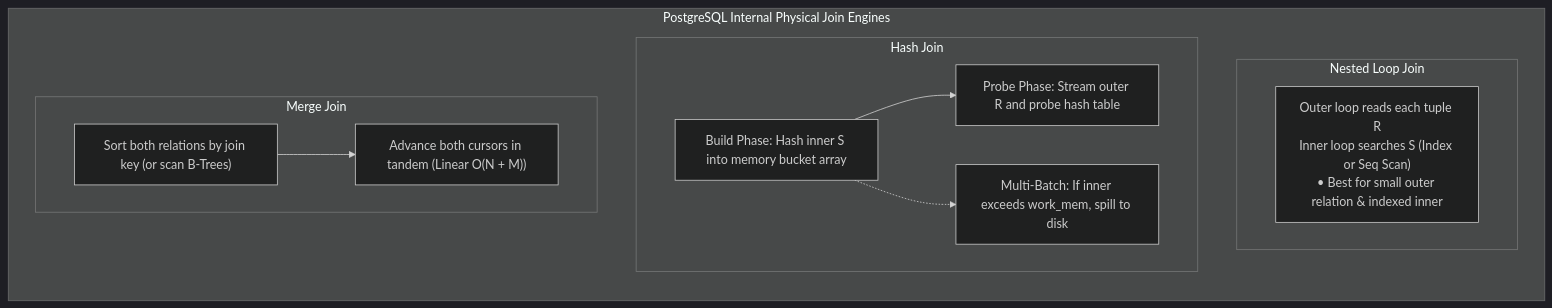
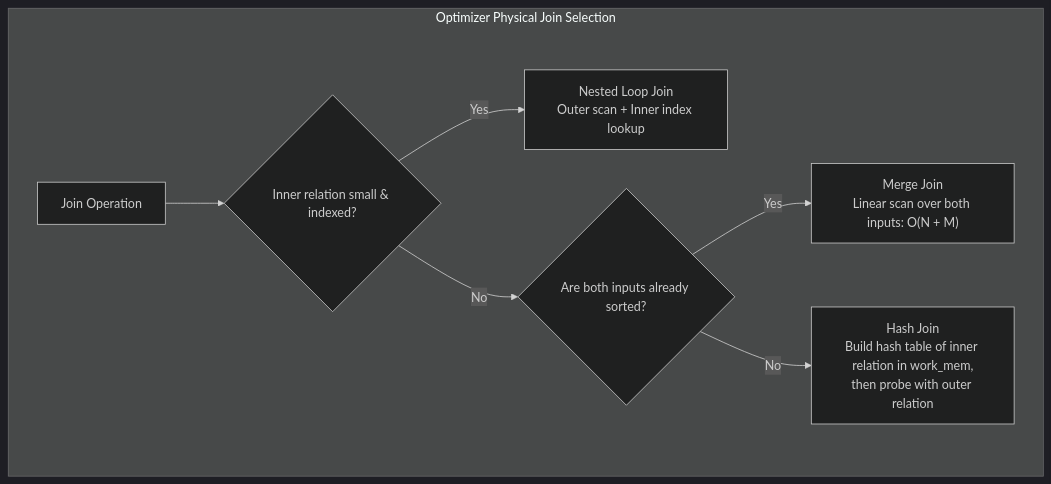
The second of 3 diagrams in technologies/postgres/modules/03-sql-querying-filtering-and-joins.md (espoem/zero-to-one), drawn with Mermaid (dark theme) before and after one commit. The commit also changed other lines of this file and 43 other files, not shown here.

Commit message:
feat(postgres): implement PostgreSQL 18 curriculum, hermetic tests, and EDB exam bank

````diff
--- a/technologies/postgres/modules/03-sql-querying-filtering-and-joins.md
+++ b/technologies/postgres/modules/03-sql-querying-filtering-and-joins.md
@@ -334,21 +73,10 @@
 ```mermaid
 flowchart TD
-    subgraph JoinEngines["PostgreSQL Internal Physical Join Engines"]
-        direction TB
-        subgraph NLJ["Nested Loop Join"]
-            NL_Logic["Outer loop reads each tuple R<br/>Inner loop searches S (Index or Seq Scan)<br/>• Best for small outer relation & indexed inner"]
-        end
-        subgraph HJ["Hash Join"]
-            HJ_Build["Build Phase: Hash inner S into memory bucket array"]
-            HJ_Probe["Probe Phase: Stream outer R and probe hash table"]
-            HJ_Batch["Multi-Batch: If inner exceeds work_mem, spill to disk"]
-            HJ_Build --> HJ_Probe
-            HJ_Build -.-> HJ_Batch
-        end
-        subgraph MJ["Merge Join"]
-            MJ_Sort["Sort both relations by join key (or scan B-Trees)"]
-            MJ_Scan["Advance both cursors in tandem (Linear O(N + M))"]
-            MJ_Sort --> MJ_Scan
-        end
+    subgraph JoinSelection["Optimizer Physical Join Selection"]
+        Join["Join Operation"] --> Size{"Inner relation small & indexed?"}
+        Size -->|Yes| NL["Nested Loop Join<br/>Outer scan + Inner index lookup"]
+        Size -->|No| Sort{"Are both inputs already sorted?"}
+        Sort -->|Yes| MJ["Merge Join<br/>Linear scan over both inputs: O(N + M)"]
+        Sort -->|No| HJ["Hash Join<br/>Build hash table of inner relation in work_mem,<br/>then probe with outer relation"]
     end
 ```
````
